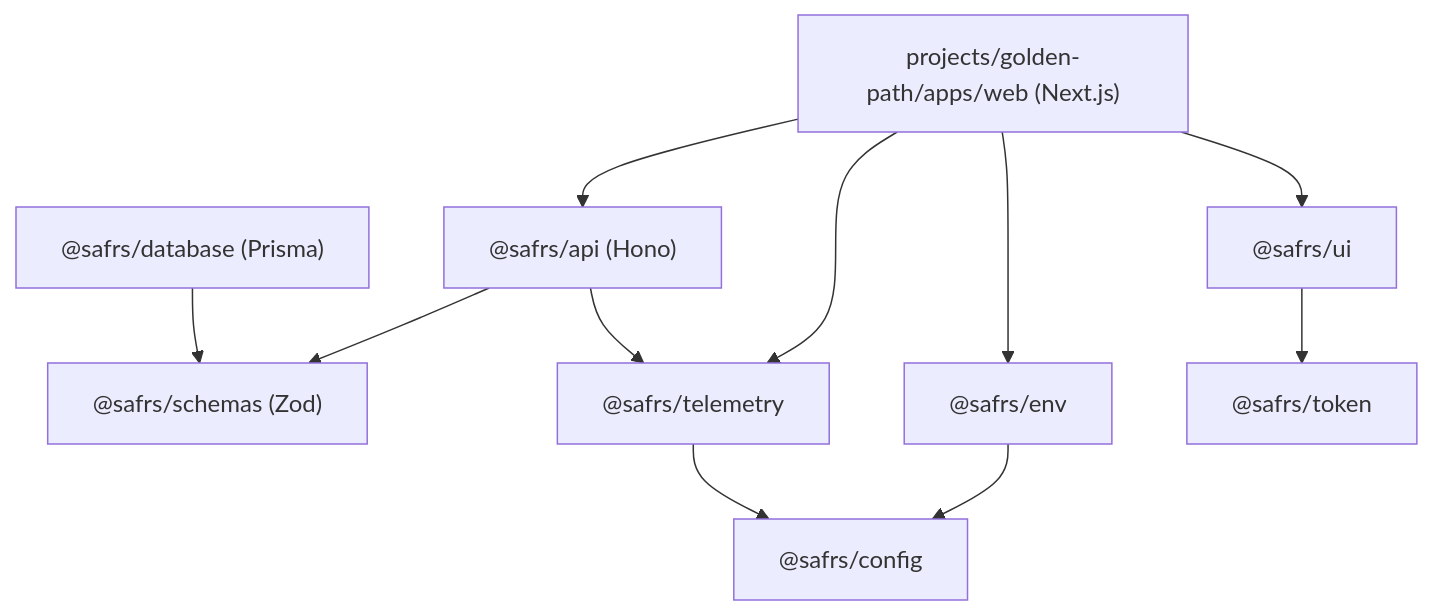
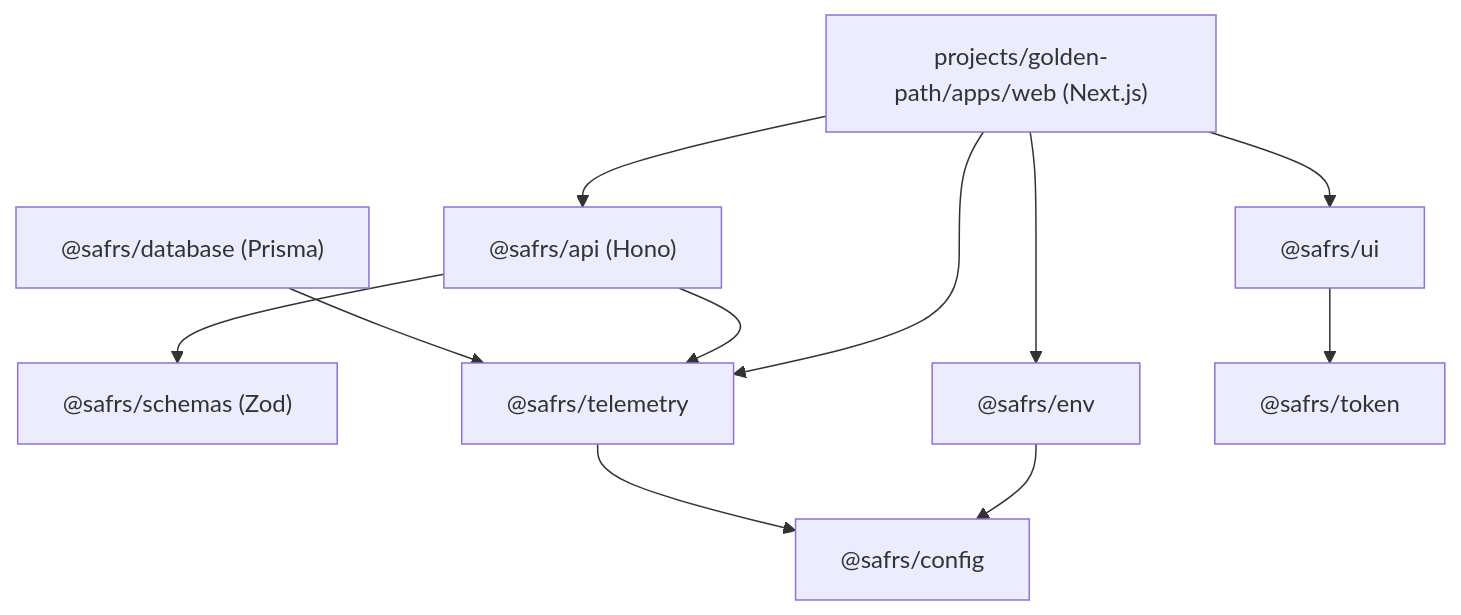
The diagram in sentrawiki/reference/dependencies.md (drferdii/Monorepo-safrs), drawn with Mermaid before and after one commit. The commit also changed other lines of this file and 1 other file, not shown here.

Commit message:
docs: stop claiming a live corpus database or Prisma schema dependency that does not exist

````diff
--- a/sentrawiki/reference/dependencies.md
+++ b/sentrawiki/reference/dependencies.md
@@ -54,23 +54,23 @@
 ```mermaid
 graph TD
     WEB["projects/golden-path/apps/web (Next.js)"]
     API["@safrs/api (Hono)"]
     SCHEMAS["@safrs/schemas (Zod)"]
     ENV["@safrs/env"]
     DB["@safrs/database (Prisma)"]
     UI["@safrs/ui"]
     TELE["@safrs/telemetry"]
     CONF["@safrs/config"]
     TOKEN["@safrs/token"]
 
     WEB --> API
     WEB --> ENV
     WEB --> UI
     WEB --> TELE
     API --> SCHEMAS
     API --> TELE
-    DB --> SCHEMAS
+    DB --> TELE
     ENV --> CONF
     TELE --> CONF
     UI --> TOKEN
 ```
````
